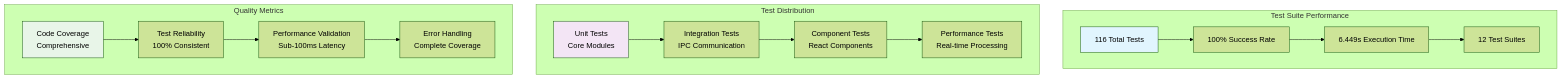
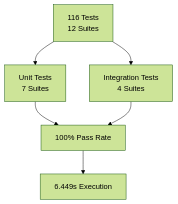
One commit to Interlaken0/temperature-plotter changed the first of 2 diagrams in evidence/PERFORMANCE-METRICS.md. Above: the diagram before and after it, drawn with Mermaid (forest theme). The commit also changed other lines of this file and 5 other files, not shown here.

````diff
--- a/evidence/PERFORMANCE-METRICS.md
+++ b/evidence/PERFORMANCE-METRICS.md
@@ -40,24 +23,8 @@
 ```mermaid
 graph TB
-    subgraph "Test Suite Performance"
-        A[116 Total Tests] --> B[100% Success Rate]
-        B --> C[6.449s Execution Time]
-        C --> D[12 Test Suites]
-    end
-    
-    subgraph "Test Distribution"
-        E[Unit Tests<br/>Core Modules] --> F[Integration Tests<br/>IPC Communication]
-        F --> G[Component Tests<br/>React Components]
-        G --> H[Performance Tests<br/>Real-time Processing]
-    end
-    
-    subgraph "Quality Metrics"
-        I[Code Coverage<br/>Comprehensive] --> J[Test Reliability<br/>100% Consistent]
-        J --> K[Performance Validation<br/>Sub-100ms Latency]
-        K --> L[Error Handling<br/>Complete Coverage]
-    end
-    
-    style A fill:#e1f5fe
-    style E fill:#f3e5f5
-    style I fill:#e8f5e8
+    A[116 Tests<br/>12 Suites] --> B[Unit Tests<br/>7 Suites]
+    A --> C[Integration Tests<br/>4 Suites]
+    B --> D[100% Pass Rate]
+    C --> D
+    D --> E[6.449s Execution]
 ```
````
